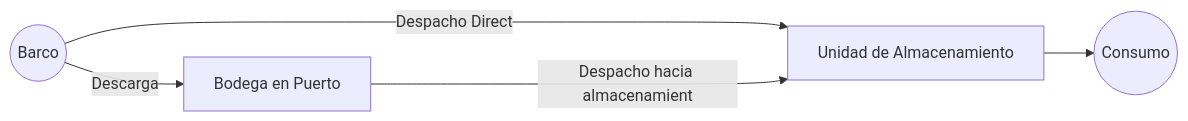
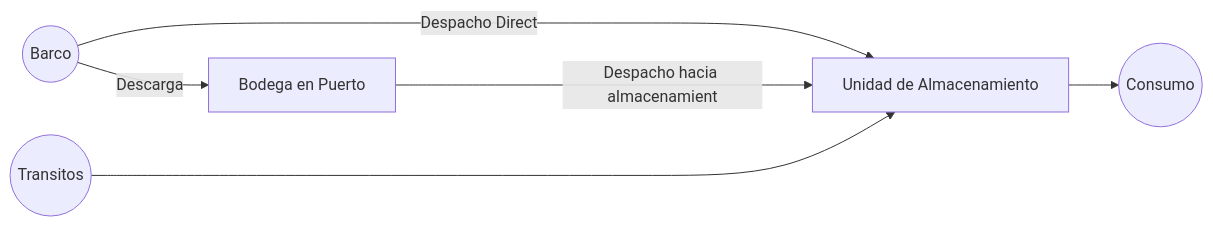
The first of 2 diagrams in README.md (luisferpinilla/bios_solver), drawn with Mermaid before and after one commit.

Commit message:
Ajuste de MermaId

````diff
--- a/README.md
+++ b/README.md
@@ -35,7 +35,8 @@
 ```mermaid
 graph LR;
     id0((Barco)) --Descarga--> id1[Bodega en Puerto]
     id0((Barco)) --Despacho Directo--> id2[Unidad de Almacenamiento]
     id1[Bodega en Puerto] --Despacho hacia almacenamiento--> id2[Unidad de Almacenamiento]
     id2[Unidad de Almacenamiento] --> id3((Consumo))
+    id4((Transitos)) ----> id2[Unidad de Almacenamiento]
 ```
````
